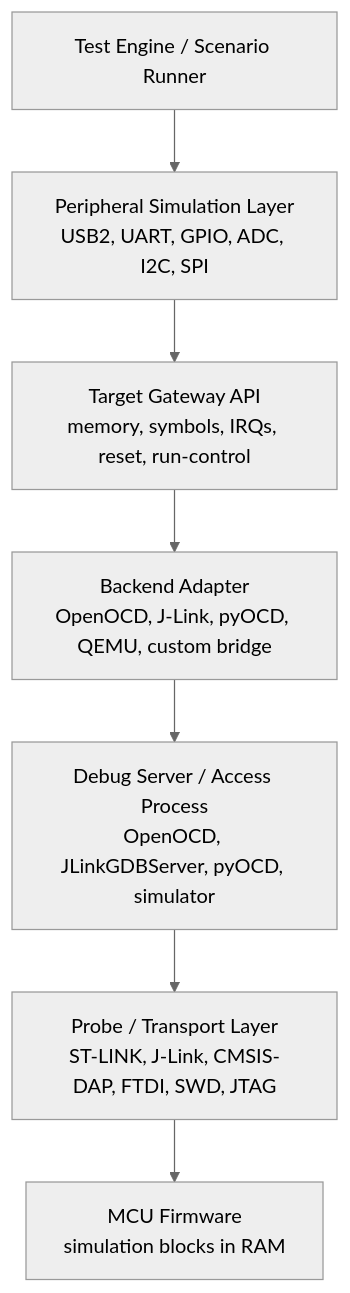
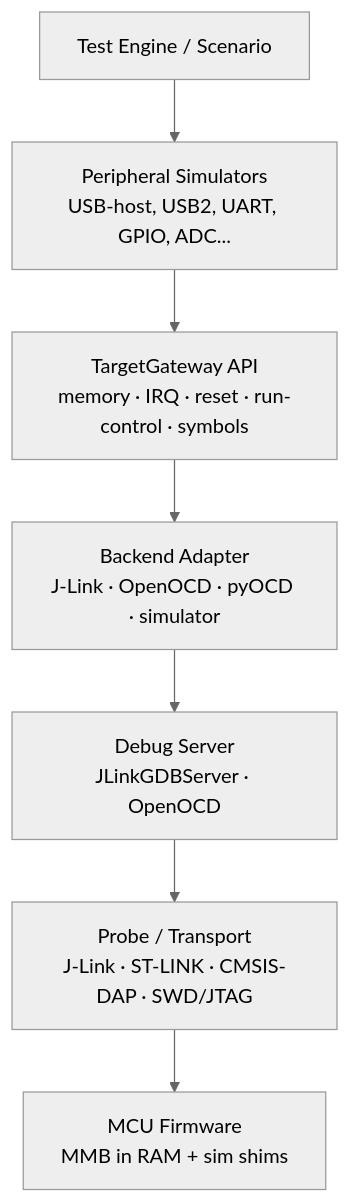
The first of 6 diagrams in docs/arch/peripheral-simulation-backend-architecture.md (hassan17771/bachelor-io-server), drawn with Mermaid (neutral theme) before and after one commit. The commit also changed other lines of this file, not shown here.

````diff
--- a/docs/arch/peripheral-simulation-backend-architecture.md
+++ b/docs/arch/peripheral-simulation-backend-architecture.md
@@ -26,17 +19,12 @@
 ```mermaid
 flowchart TD
-    Engine[Test Engine / Scenario Runner]
-    Peripherals[Peripheral Simulation Layer<br/>USB2, UART, GPIO, ADC, I2C, SPI]
-    Gateway[Target Gateway API<br/>memory, symbols, IRQs, reset, run-control]
-    Backend[Backend Adapter<br/>OpenOCD, J-Link, pyOCD, QEMU, custom bridge]
-    Server[Debug Server / Access Process<br/>OpenOCD, JLinkGDBServer, pyOCD, simulator]
-    Probe[Probe / Transport Layer<br/>ST-LINK, J-Link, CMSIS-DAP, FTDI, SWD, JTAG]
-    Target[MCU Firmware<br/>simulation blocks in RAM]
+    Engine[Test Engine / Scenario]
+    Peripherals[Peripheral Simulators<br/>USB-host, USB2, UART, GPIO, ADC...]
+    Gateway[TargetGateway API<br/>memory · IRQ · reset · run-control · symbols]
+    Backend[Backend Adapter<br/>J-Link · OpenOCD · pyOCD · simulator]
+    Server[Debug Server<br/>JLinkGDBServer · OpenOCD]
+    Probe[Probe / Transport<br/>J-Link · ST-LINK · CMSIS-DAP · SWD/JTAG]
+    Target[MCU Firmware<br/>MMB in RAM + sim shims]
 
-    Engine --> Peripherals
-    Peripherals --> Gateway
-    Gateway --> Backend
-    Backend --> Server
-    Server --> Probe
-    Probe --> Target
+    Engine --> Peripherals --> Gateway --> Backend --> Server --> Probe --> Target
 ```
````
